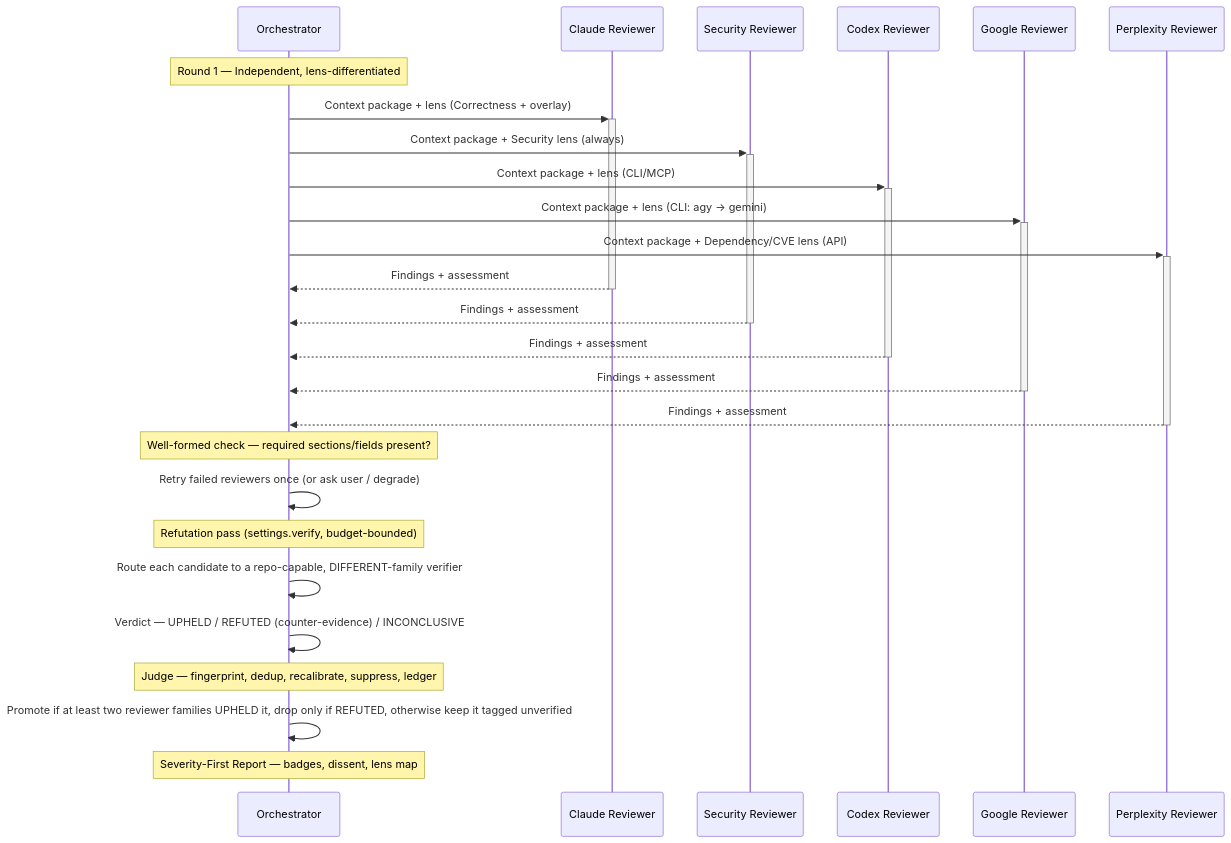
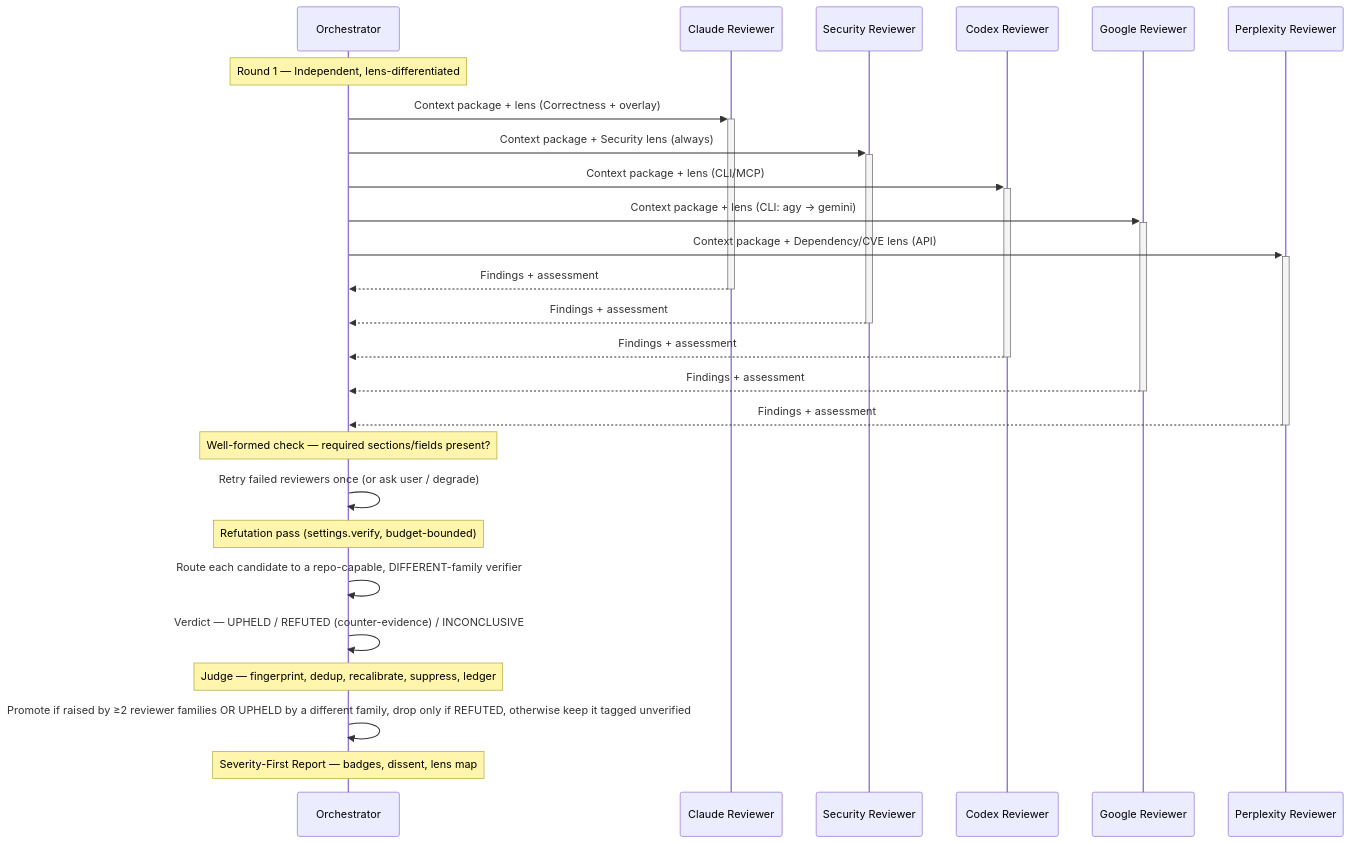
The third of 5 diagrams in README.md (deployhq/review-council), drawn with Mermaid before and after one commit. The commit also changed other lines of this file and 5 other files, not shown here.

First line of the commit message:
fix: honest data-egress wording + promotion-diagram OR + tag/ledger consistency (CodeRabbit)

````diff
--- a/README.md
+++ b/README.md
@@ -299,33 +299,33 @@
 ```mermaid
 sequenceDiagram
     participant O as Orchestrator
     participant C as Claude Reviewer
     participant S as Security Reviewer
     participant X as Codex Reviewer
     participant G as Google Reviewer
     participant P as Perplexity Reviewer
 
     Note over O: Round 1 — Independent, lens-differentiated
     O->>+C: Context package + lens (Correctness + overlay)
     O->>+S: Context package + Security lens (always)
     O->>+X: Context package + lens (CLI/MCP)
     O->>+G: Context package + lens (CLI: agy → gemini)
     O->>+P: Context package + Dependency/CVE lens (API)
     C-->>-O: Findings + assessment
     S-->>-O: Findings + assessment
     X-->>-O: Findings + assessment
     G-->>-O: Findings + assessment
     P-->>-O: Findings + assessment
 
     Note over O: Well-formed check — required sections/fields present?
     O->>O: Retry failed reviewers once (or ask user / degrade)
 
     Note over O: Refutation pass (settings.verify, budget-bounded)
     O->>O: Route each candidate to a repo-capable, DIFFERENT-family verifier
     O->>O: Verdict — UPHELD / REFUTED (counter-evidence) / INCONCLUSIVE
 
     Note over O: Judge — fingerprint, dedup, recalibrate, suppress, ledger
-    O->>O: Promote if at least two reviewer families UPHELD it, drop only if REFUTED, otherwise keep it tagged unverified
+    O->>O: Promote if raised by ≥2 reviewer families OR UPHELD by a different family, drop only if REFUTED, otherwise keep it tagged unverified
 
     Note over O: Severity-First Report — badges, dissent, lens map
 ```
````
